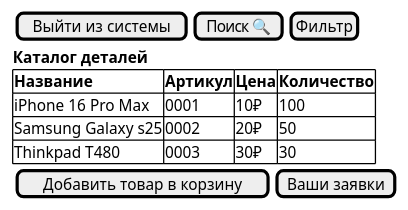
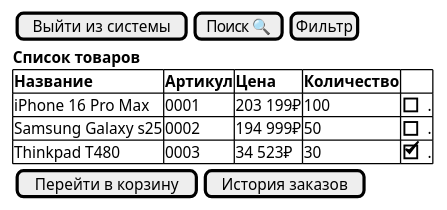
One commit to Efimish/university-4sem-pis-coursework changed the diagram in interface/item_list.puml. Above: the diagram before and after it, drawn with PlantUML. The commit also changed other lines of this file and 22 other files, not shown here.

```diff
--- a/interface/item_list.puml
+++ b/interface/item_list.puml
@@ -1,18 +1,17 @@
 @startsalt Список товаров
 {
-    {
-        [Выйти из системы] | [Поиск 🔍] | [Фильтр]
-    }
-    <b>Каталог деталей
-    {#
-        <b>Название        | <b>Артикул | <b>Цена | <b>Количество
-        iPhone 16 Pro Max  | 0001       | 10₽     | 100
-        Samsung Galaxy s25 | 0002       | 20₽     | 50
-        Thinkpad T480      | 0003       | 30₽     | 30
-    }
-    {
-        [Добавить товар в корзину] | [Ваши заявки]
-    }
-
+  {
+    [Выйти из системы] | [Поиск 🔍] | [Фильтр]
+  }
+  <b>Список товаров
+  {#
+    <b>Название        | <b>Артикул | <b>Цена  | <b>Количество | .
+    iPhone 16 Pro Max  | 0001       | 203 199₽ | 100           | [] .
+    Samsung Galaxy s25 | 0002       | 194 999₽ | 50            | [] .
+    Thinkpad T480      | 0003       | 34 523₽  | 30            | [X] .
+  }
+  {
+    [Перейти в корзину] | [История заказов]
+  }
 }
 @endsalt
```
